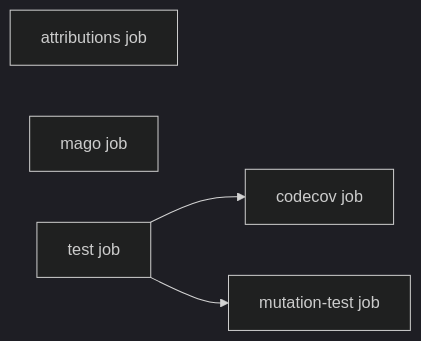
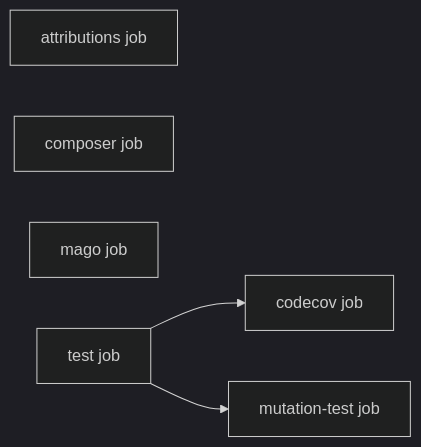
Before and after one commit to contenir/contenir-qa-tools: the diagram in docs/workflow-architecture.md, drawn with Mermaid (dark theme). The commit also changed other lines of this file and 3 other files, not shown here.

````diff
--- a/docs/workflow-architecture.md
+++ b/docs/workflow-architecture.md
@@ -18,7 +21,8 @@
 ```mermaid
 graph LR
     attributions[attributions job]
+    composer[composer job]
     mago[mago job]
     test[test job] --> codecov[codecov job]
     test --> infection[mutation-test job]
 ```
````
